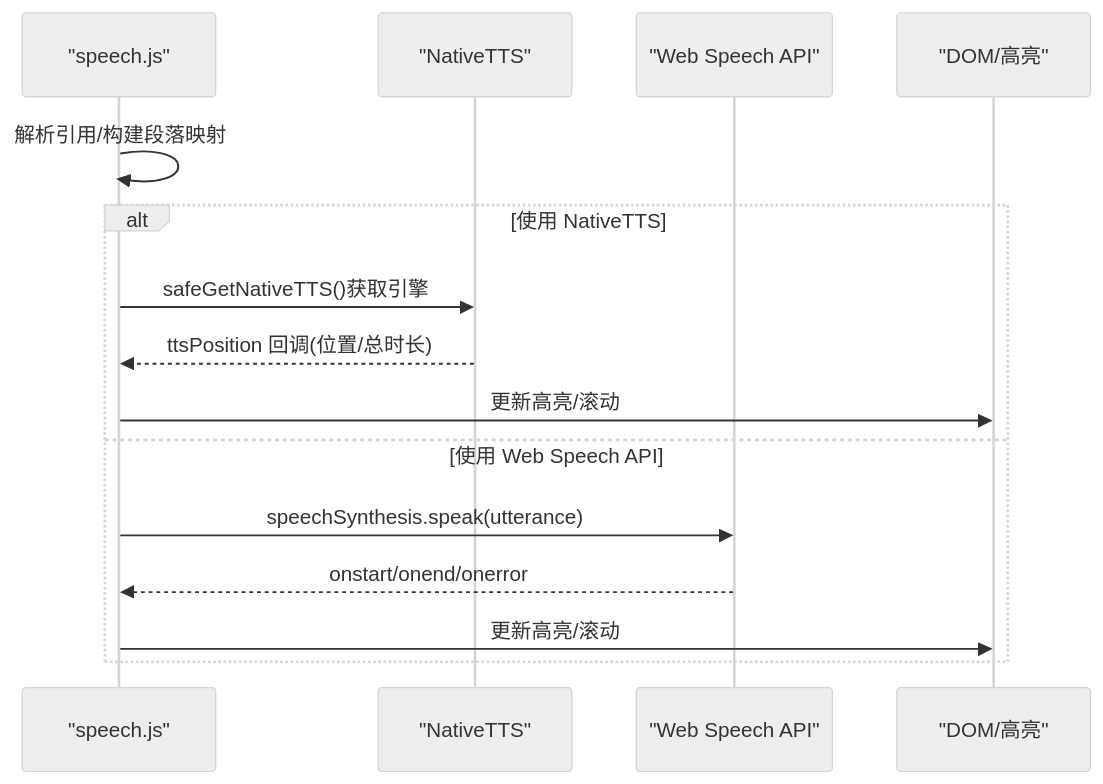
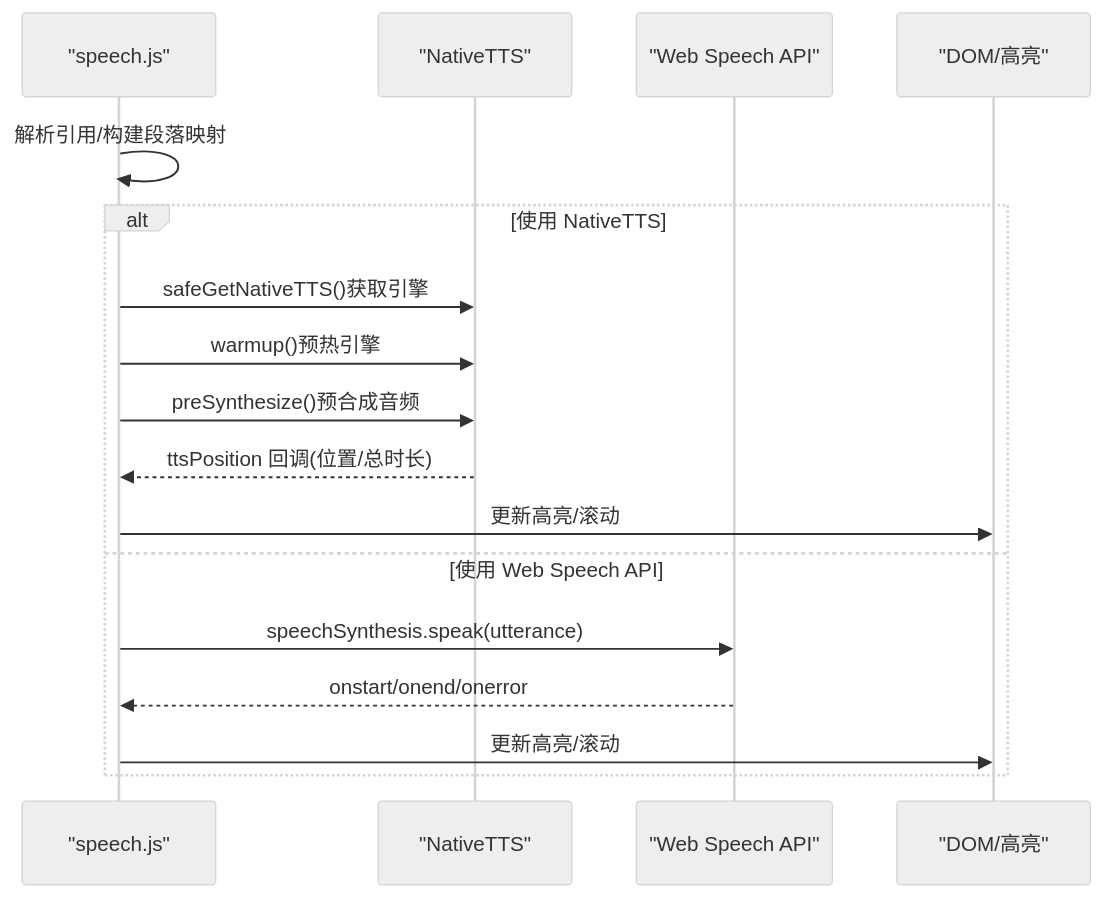
One commit to zhao-zg/cx changed the sixth of 11 diagrams in .qoder/repowiki/zh/content/高级功能/前端功能.md. Above: the diagram before and after it, drawn with Mermaid (neutral theme). The commit also changed other lines of this file and 31 other files, not shown here.

````diff
--- a/.qoder/repowiki/zh/content/高级功能/前端功能.md
+++ b/.qoder/repowiki/zh/content/高级功能/前端功能.md
@@ -285,17 +292,19 @@
 ```mermaid
 sequenceDiagram
 participant S as "speech.js"
 participant N as "NativeTTS"
 participant W as "Web Speech API"
 participant DOM as "DOM/高亮"
 S->>S : 解析引用/构建段落映射
 alt 使用 NativeTTS
 S->>N : safeGetNativeTTS()获取引擎
+S->>N : warmup()预热引擎
+S->>N : preSynthesize()预合成音频
 N-->>S : ttsPosition 回调(位置/总时长)
 S->>DOM : 更新高亮/滚动
 else 使用 Web Speech API
 S->>W : speechSynthesis.speak(utterance)
 W-->>S : onstart/onend/onerror
 S->>DOM : 更新高亮/滚动
 end
 ```
````
